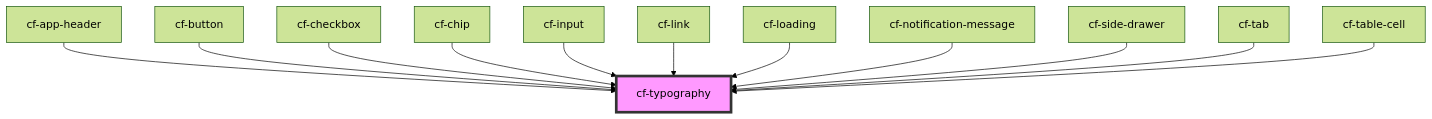
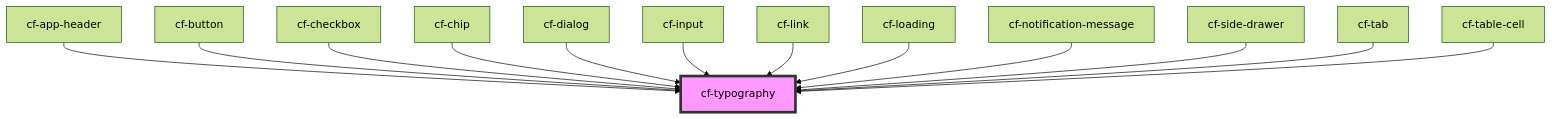
The diagram in src/components/cf-typography/readme.md (DriLLFreAK100/codefee-component), drawn with Mermaid (forest theme) before and after one commit. The commit also changed other lines of this file and 18 other files, not shown here.

````diff
--- a/src/components/cf-typography/readme.md
+++ b/src/components/cf-typography/readme.md
@@ -34,15 +35,16 @@
 ```mermaid
 graph TD;
   cf-app-header --> cf-typography
   cf-button --> cf-typography
   cf-checkbox --> cf-typography
   cf-chip --> cf-typography
+  cf-dialog --> cf-typography
   cf-input --> cf-typography
   cf-link --> cf-typography
   cf-loading --> cf-typography
   cf-notification-message --> cf-typography
   cf-side-drawer --> cf-typography
   cf-tab --> cf-typography
   cf-table-cell --> cf-typography
   style cf-typography fill:#f9f,stroke:#333,stroke-width:4px
 ```
````
